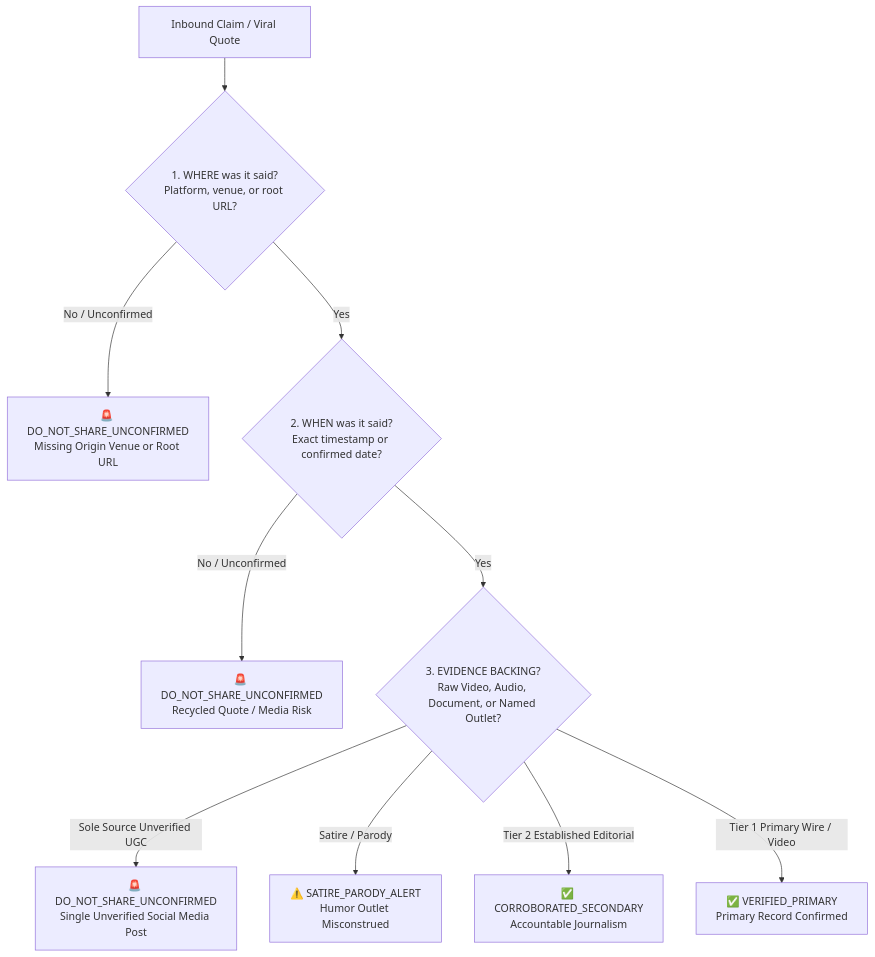
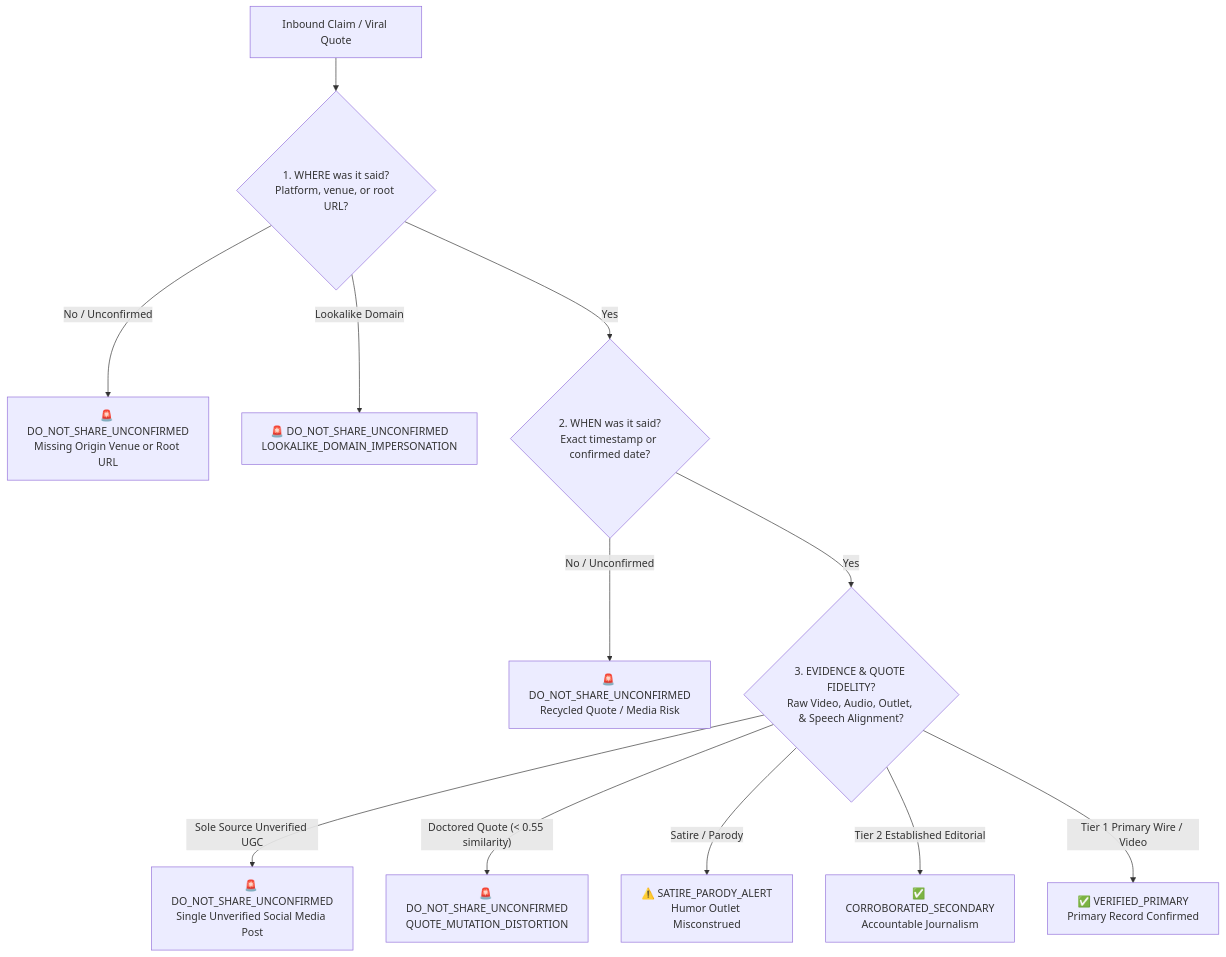
The diagram in README.md (Sandeep-Hipparagi/epistemic-guard), drawn with Mermaid before and after one commit. The commit also changed other lines of this file and 12 other files, not shown here.

Commit message:
feat(phase6): implement pre-share web UI, quote-mutation auditing, and lookalike domain defense

````diff
--- a/README.md
+++ b/README.md
@@ -32,12 +33,14 @@
 ```mermaid
 flowchart TD
     Claim["Inbound Claim / Viral Quote"] --> Q1{"1. WHERE was it said?<br/>Platform, venue, or root URL?"}
     Q1 -- No / Unconfirmed --> Halt["🚨 DO_NOT_SHARE_UNCONFIRMED<br/>Missing Origin Venue or Root URL"]
+    Q1 -- Lookalike Domain --> HaltLookalike["🚨 DO_NOT_SHARE_UNCONFIRMED<br/>LOOKALIKE_DOMAIN_IMPERSONATION"]
     Q1 -- Yes --> Q2{"2. WHEN was it said?<br/>Exact timestamp or confirmed date?"}
     Q2 -- No / Unconfirmed --> HaltRecycled["🚨 DO_NOT_SHARE_UNCONFIRMED<br/>Recycled Quote / Media Risk"]
-    Q2 -- Yes --> Q3{"3. EVIDENCE BACKING?<br/>Raw Video, Audio, Document, or Named Outlet?"}
+    Q2 -- Yes --> Q3{"3. EVIDENCE & QUOTE FIDELITY?<br/>Raw Video, Audio, Outlet, & Speech Alignment?"}
     Q3 -- Sole Source Unverified UGC --> HaltUGC["🚨 DO_NOT_SHARE_UNCONFIRMED<br/>Single Unverified Social Media Post"]
+    Q3 -- Doctored Quote (< 0.55 similarity) --> HaltMutation["🚨 DO_NOT_SHARE_UNCONFIRMED<br/>QUOTE_MUTATION_DISTORTION"]
     Q3 -- Satire / Parody --> HaltSatire["⚠️ SATIRE_PARODY_ALERT<br/>Humor Outlet Misconstrued"]
     Q3 -- Tier 2 Established Editorial --> Corroborated["✅ CORROBORATED_SECONDARY<br/>Accountable Journalism"]
     Q3 -- Tier 1 Primary Wire / Video --> Verified["✅ VERIFIED_PRIMARY<br/>Primary Record Confirmed"]
 ```
````
